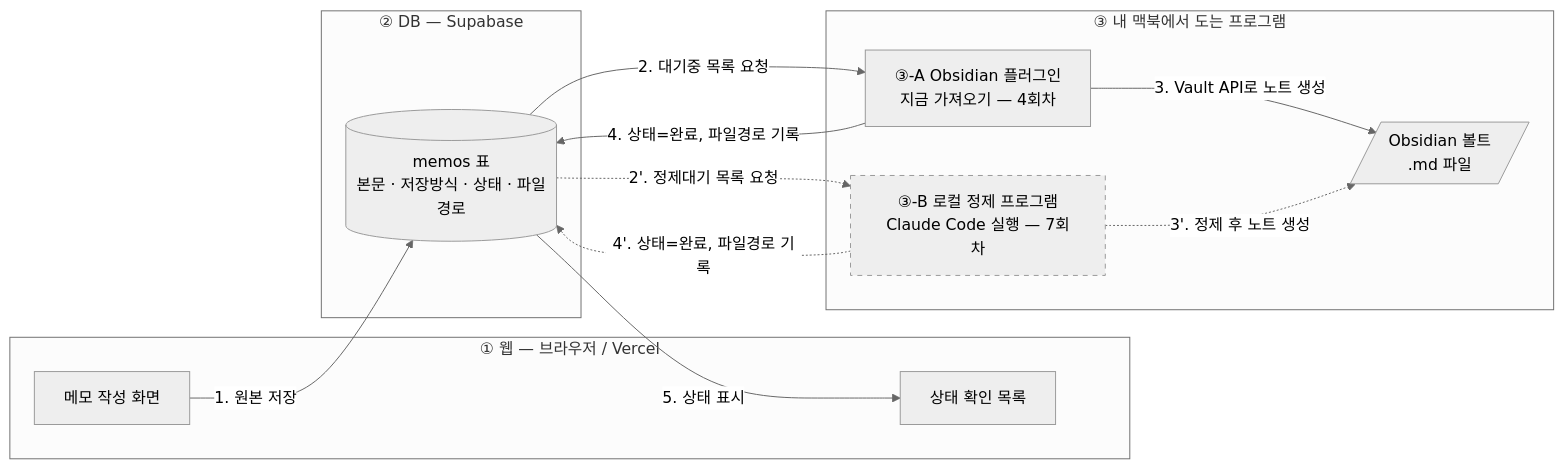
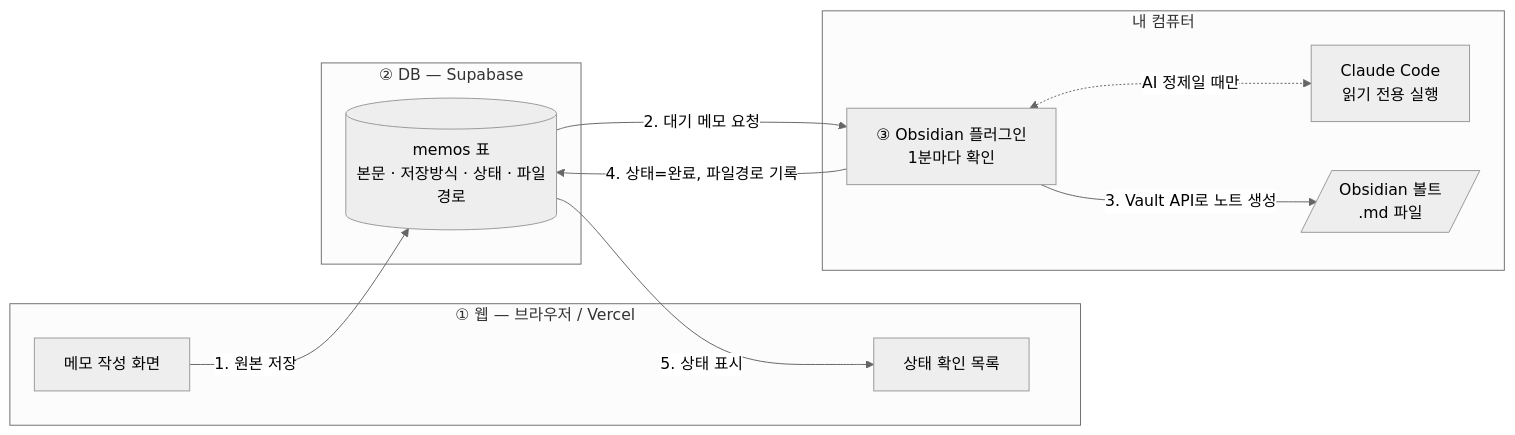
Before and after one commit to sxcrxta/personal-hub: the first of 3 diagrams in docs/architecture.md, drawn with Mermaid (neutral theme). The commit also changed other lines of this file and 1 other file, not shown here.

Commit message:
설계 문서와 체크리스트를 플러그인 하나 구조로 갱신, 35/44 표시 — 코드와 문서가 어긋나면 다음 작업의 기준이 흔들려서

````diff
--- a/docs/architecture.md
+++ b/docs/architecture.md
@@ -109,29 +107,24 @@
 ```mermaid
 flowchart LR
   subgraph WEB["① 웹 — 브라우저 / Vercel"]
     A1["메모 작성 화면"]
     A2["상태 확인 목록"]
   end
 
   subgraph DB["② DB — Supabase"]
     B1[("memos 표<br/>본문 · 저장방식 · 상태 · 파일경로")]
   end
 
-  subgraph MAC["③ 내 맥북에서 도는 프로그램"]
-    C1["③-A Obsidian 플러그인<br/>지금 가져오기 — 4회차"]
-    C2["③-B 로컬 정제 프로그램<br/>Claude Code 실행 — 7회차"]
+  subgraph MAC["내 컴퓨터"]
+    C1["③ Obsidian 플러그인<br/>1분마다 확인"]
+    C2["Claude Code<br/>읽기 전용 실행"]
     V[/"Obsidian 볼트<br/>.md 파일"/]
   end
 
   A1 -->|"1. 원본 저장"| B1
-  B1 -->|"2. 대기중 목록 요청"| C1
-  B1 -.->|"2'. 정제대기 목록 요청"| C2
+  B1 -->|"2. 대기 메모 요청"| C1
+  C1 <-.->|"AI 정제일 때만"| C2
   C1 -->|"3. Vault API로 노트 생성"| V
-  C2 -.->|"3'. 정제 후 노트 생성"| V
   C1 -->|"4. 상태=완료, 파일경로 기록"| B1
-  C2 -.->|"4'. 상태=완료, 파일경로 기록"| B1
   B1 -->|"5. 상태 표시"| A2
-
-  classDef todo stroke-dasharray: 5 5;
-  class C2 todo;
 ```
````
